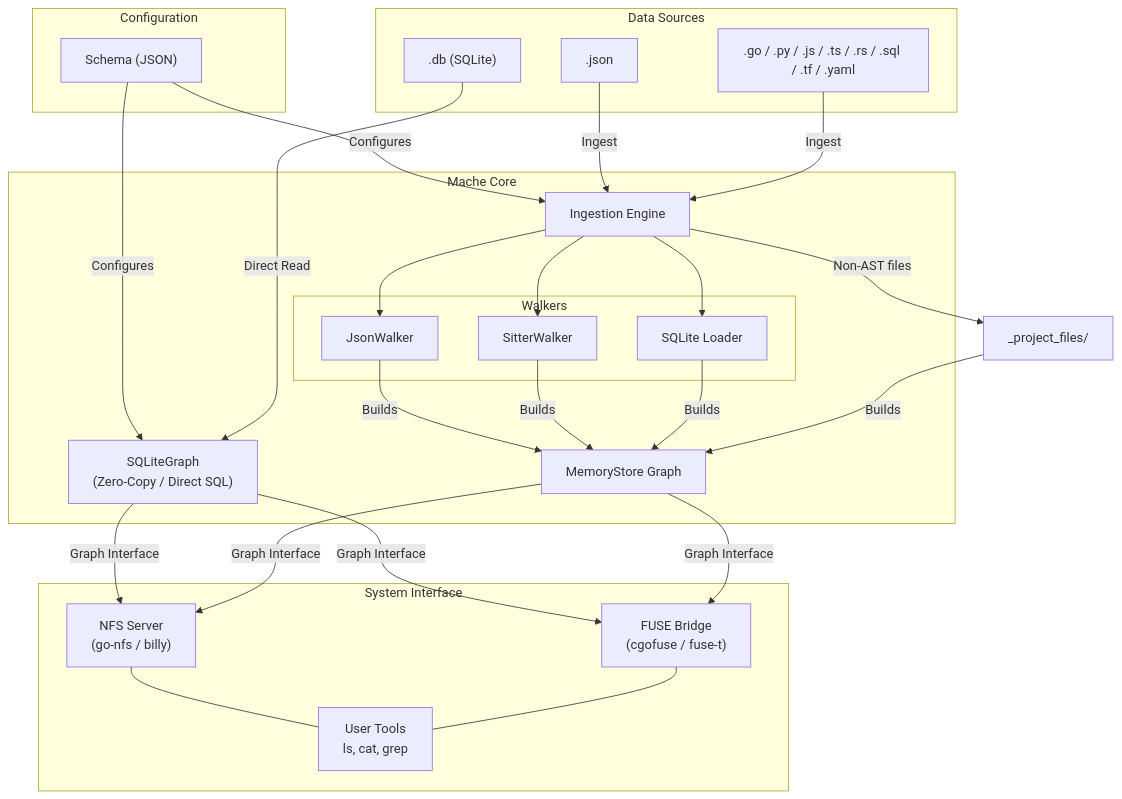
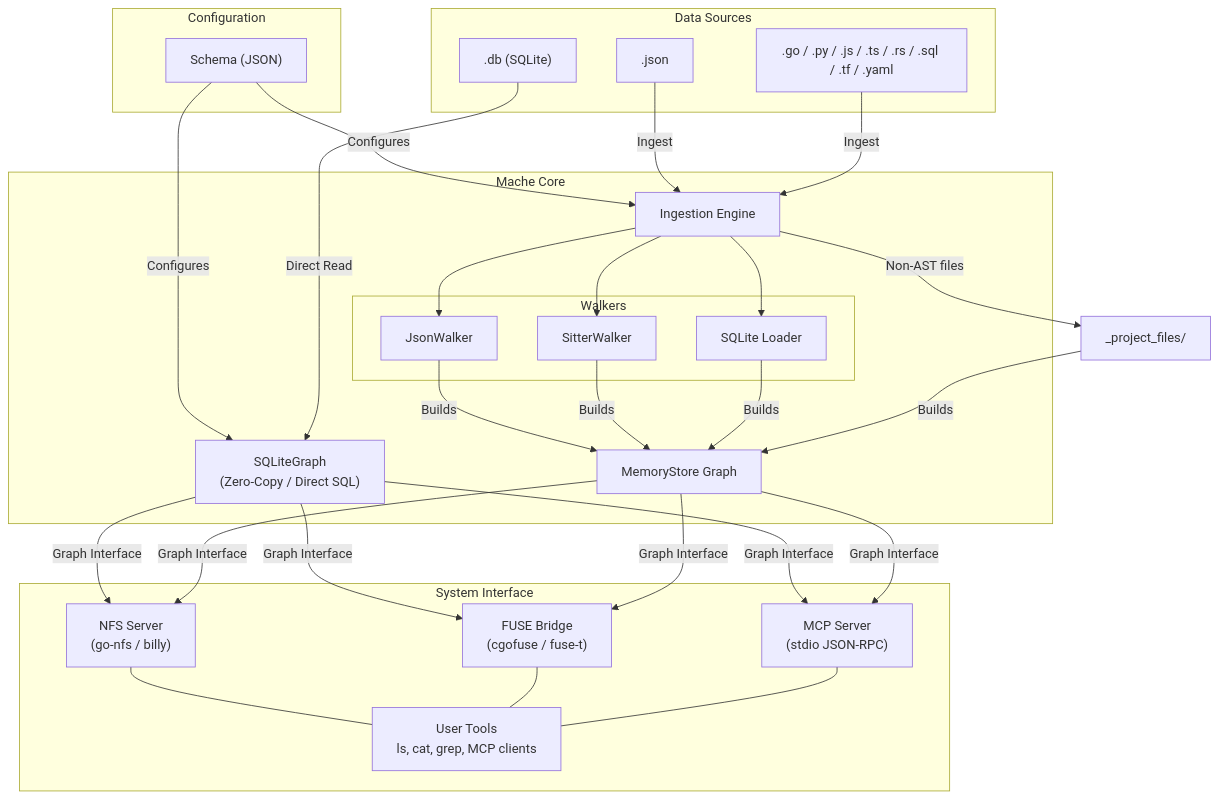
The diagram in docs/ARCHITECTURE.md (agentic-research/mache), drawn with Mermaid before and after one commit. The commit also changed other lines of this file and 18 other files, not shown here.

First line of the commit message:
feat: MCP server, Louvain community detection, schema refs (#69)

````diff
--- a/docs/ARCHITECTURE.md
+++ b/docs/ARCHITECTURE.md
@@ -5,56 +5,60 @@
 ```mermaid
 graph TD
     subgraph Configuration
         Schema["Schema (JSON)"]
     end
 
     subgraph "Data Sources"
         SQLiteFile[".db (SQLite)"]
         FlatFile[".json"]
         SourceCode[".go / .py / .js / .ts / .rs / .sql / .tf / .yaml"]
     end
 
     subgraph "Mache Core"
         SQLiteGraph["SQLiteGraph<br/>(Zero-Copy / Direct SQL)"]
         Engine[Ingestion Engine]
 
         subgraph "Walkers"
             JW[JsonWalker]
             SW[SitterWalker]
             SL[SQLite Loader]
         end
 
         MemoryStore["MemoryStore Graph"]
     end
 
     subgraph "System Interface"
         NFS["NFS Server<br/>(go-nfs / billy)"]
         FUSE["FUSE Bridge<br/>(cgofuse / fuse-t)"]
-        Tools["User Tools<br/>ls, cat, grep"]
+        MCP["MCP Server<br/>(stdio JSON-RPC)"]
+        Tools["User Tools<br/>ls, cat, grep, MCP clients"]
     end
 
     Schema -->|Configures| SQLiteGraph
     Schema -->|Configures| Engine
 
     SQLiteFile -->|Direct Read| SQLiteGraph
     FlatFile -->|Ingest| Engine
     SourceCode -->|Ingest| Engine
 
     Engine --> JW
     Engine --> SW
     Engine --> SL
 
     JW -->|Builds| MemoryStore
     SW -->|Builds| MemoryStore
     SL -->|Builds| MemoryStore
     Engine -->|"Non-AST files"| ProjectFiles["_project_files/"]
     ProjectFiles -->|Builds| MemoryStore
 
     SQLiteGraph -->|Graph Interface| NFS
     MemoryStore -->|Graph Interface| NFS
     SQLiteGraph -->|Graph Interface| FUSE
     MemoryStore -->|Graph Interface| FUSE
+    SQLiteGraph -->|Graph Interface| MCP
+    MemoryStore -->|Graph Interface| MCP
 
     NFS --- Tools
     FUSE --- Tools
+    MCP --- Tools
 ```
````
